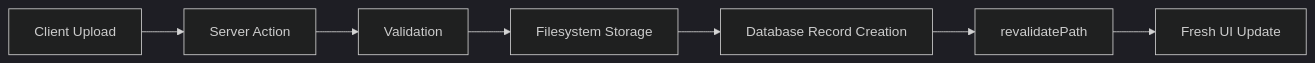
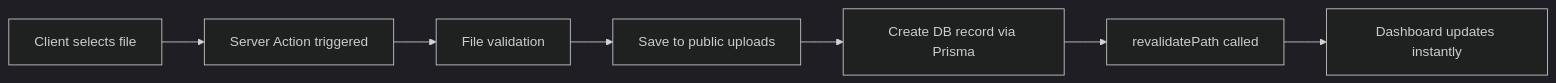
One commit to habibUllahRahat/sms_tracker changed the second of 3 diagrams in README.md. Above: the diagram before and after it, drawn with Mermaid (dark theme). The commit also changed other lines of this file, not shown here.

````diff
--- a/README.md
+++ b/README.md
@@ -161,10 +88,9 @@
 ```mermaid
 flowchart LR
-    A[Client Upload]
-        --> B[Server Action]
-        --> C[Validation]
-        --> D[Filesystem Storage]
-        --> E[Database Record Creation]
-        --> F[revalidatePath]
-        --> G[Fresh UI Update]
+    A[Client selects file] --> B[Server Action triggered]
+    B --> C[File validation]
+    C --> D[Save to public uploads]
+    D --> E[Create DB record via Prisma]
+    E --> F[revalidatePath called]
+    F --> G[Dashboard updates instantly]
 ```
````
